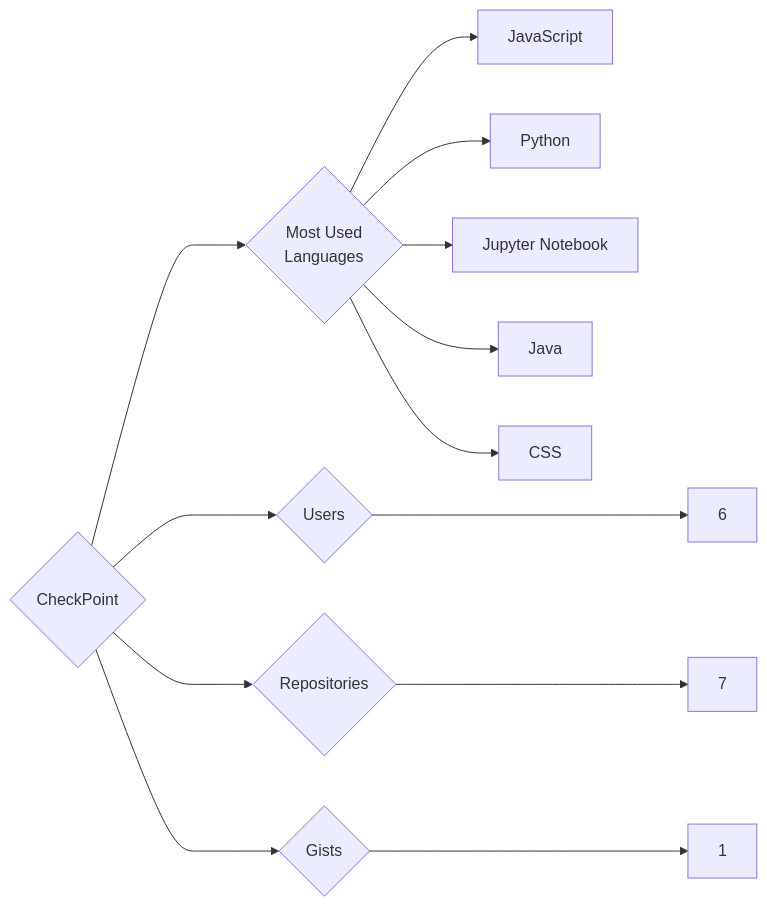
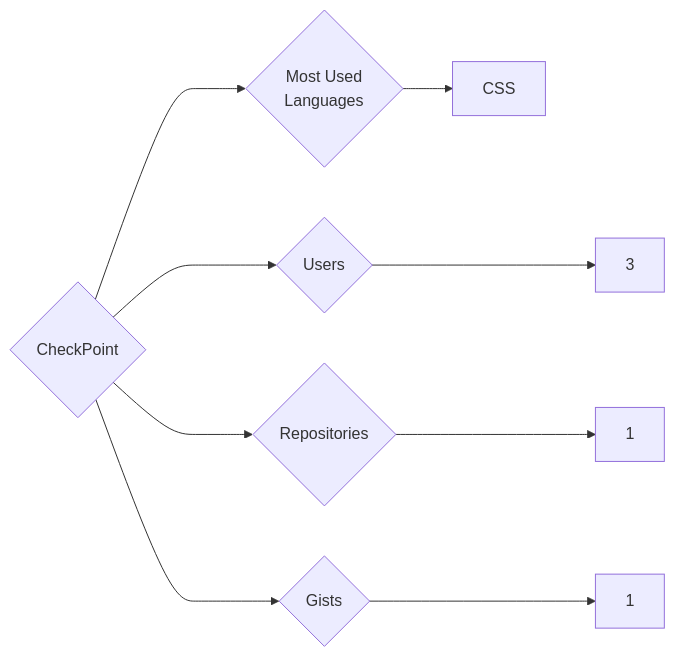
Before and after one commit to trickest/insiders: the diagram in targets/CheckPoint/README.md, drawn with Mermaid. The commit also changed 633 other files, not shown here.

````diff
--- a/targets/CheckPoint/README.md
+++ b/targets/CheckPoint/README.md
@@ -3,13 +3,9 @@
 ```mermaid
 graph LR
 COMPANY_NAME{CheckPoint}
-COMPANY_NAME ---> U{Users} ---> UN[6]
-COMPANY_NAME ---> R{Repositories} ---> RN[7]
+COMPANY_NAME ---> U{Users} ---> UN[3]
+COMPANY_NAME ---> R{Repositories} ---> RN[1]
 COMPANY_NAME ---> G{Gists} ---> GN[1]
 COMPANY_NAME ---> ML{Most Used<br>Languages}
-ML --> JavaScript[JavaScript]
-ML --> Python[Python]
-ML --> Jupyter_Notebook[Jupyter Notebook]
-ML --> Java[Java]
 ML --> CSS[CSS]
 ```
````
